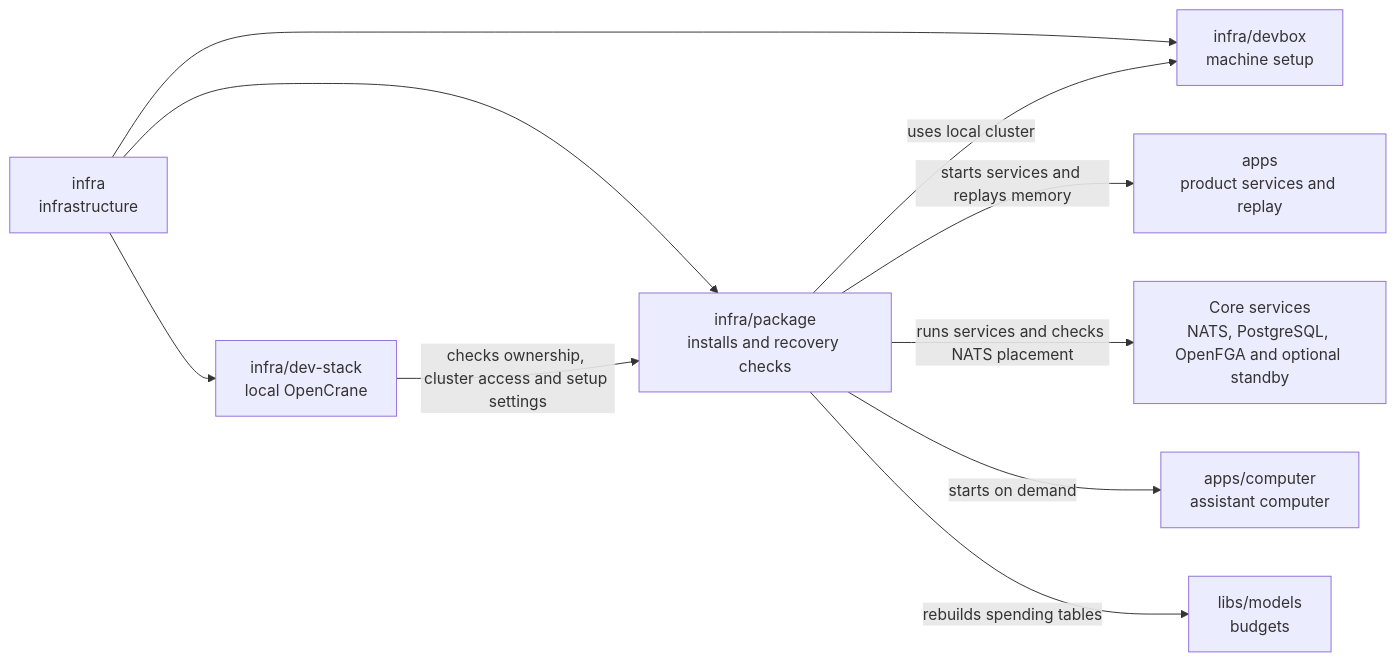
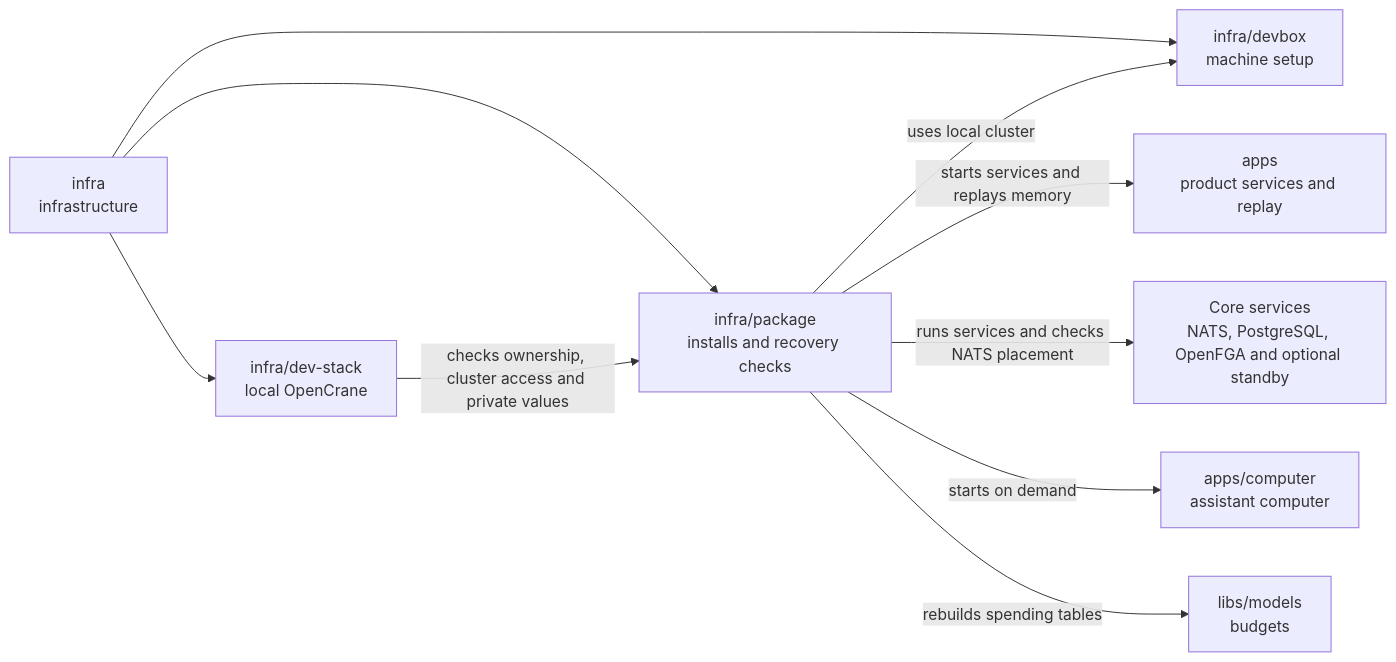
One commit to elewa-git/opencrane-new changed the diagram in infra/package/README.md. Above: the diagram before and after it, drawn with Mermaid. The commit also changed other lines of this file and 6 other files, not shown here.

Commit message:
🔧 Keep private values paths out of package child arguments

````diff
--- a/infra/package/README.md
+++ b/infra/package/README.md
@@ -19,12 +19,12 @@
 ```mermaid
 flowchart LR
   infra["infra<br/>infrastructure"] --> package["infra/package<br/>installs and recovery checks"]
   infra --> stack["infra/dev-stack<br/>local OpenCrane"]
   infra --> devbox["infra/devbox<br/>machine setup"]
-  stack -->|checks ownership, cluster access and setup settings| package
+  stack -->|checks ownership, cluster access and private values| package
   package -->|uses local cluster| devbox
   package -->|starts services and replays memory| apps["apps<br/>product services and replay"]
   package -->|runs services and checks NATS placement| services["Core services<br/>NATS, PostgreSQL, OpenFGA and optional standby"]
   package -->|starts on demand| computer["apps/computer<br/>assistant computer"]
   package -->|rebuilds spending tables| models["libs/models<br/>budgets"]
 ```
````
